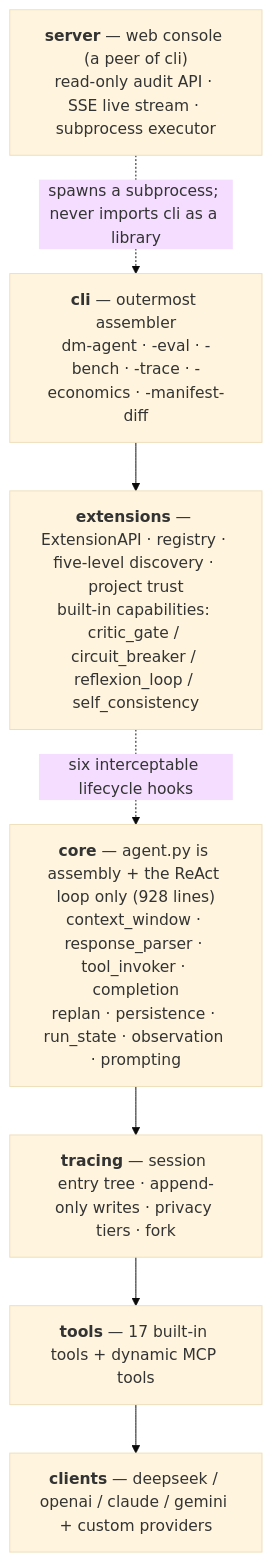
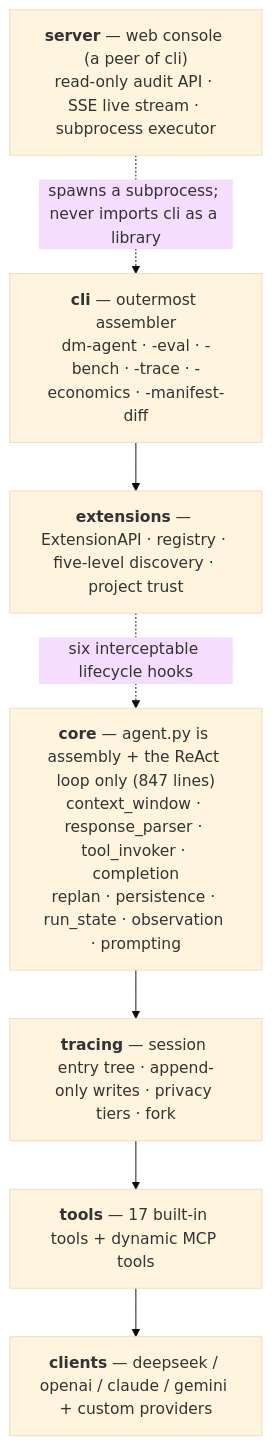
One commit to hwfengcs/DM-Code-Agent changed the diagram in README_EN.md. Above: the diagram before and after it, drawn with Mermaid (base theme). The commit also changed other lines of this file and 15 other files, not shown here.

````diff
--- a/README_EN.md
+++ b/README_EN.md
@@ -227,15 +236,15 @@
 ```mermaid
 flowchart TD
     WEB["<b>server</b> — web console (a peer of cli)<br/>read-only audit API · SSE live stream · subprocess executor"]
     CLI["<b>cli</b> — outermost assembler<br/>dm-agent · -eval · -bench · -trace · -economics · -manifest-diff"]
-    EXT["<b>extensions</b> — ExtensionAPI · registry · five-level discovery · project trust<br/>built-in capabilities: critic_gate / circuit_breaker / reflexion_loop / self_consistency"]
-    CORE["<b>core</b> — agent.py is assembly + the ReAct loop only (928 lines)<br/>context_window · response_parser · tool_invoker · completion<br/>replan · persistence · run_state · observation · prompting"]
+    EXT["<b>extensions</b> — ExtensionAPI · registry · five-level discovery · project trust"]
+    CORE["<b>core</b> — agent.py is assembly + the ReAct loop only (847 lines)<br/>context_window · response_parser · tool_invoker · completion<br/>replan · persistence · run_state · observation · prompting"]
     TRACING["<b>tracing</b> — session entry tree · append-only writes · privacy tiers · fork"]
     TOOLS["<b>tools</b> — 17 built-in tools + dynamic MCP tools"]
     CLIENTS["<b>clients</b> — deepseek / openai / claude / gemini + custom providers"]
 
     WEB -. "spawns a subprocess; never imports cli as a library" .-> CLI
     CLI --> EXT
     EXT -. "six interceptable lifecycle hooks" .-> CORE
     CORE --> TRACING --> TOOLS --> CLIENTS
 ```
````
